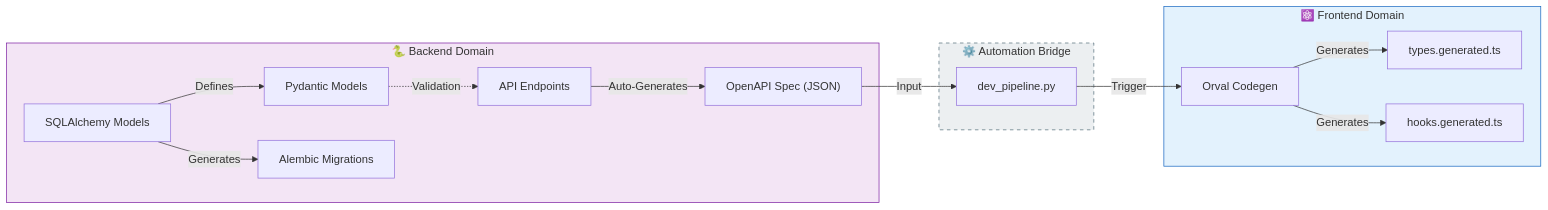
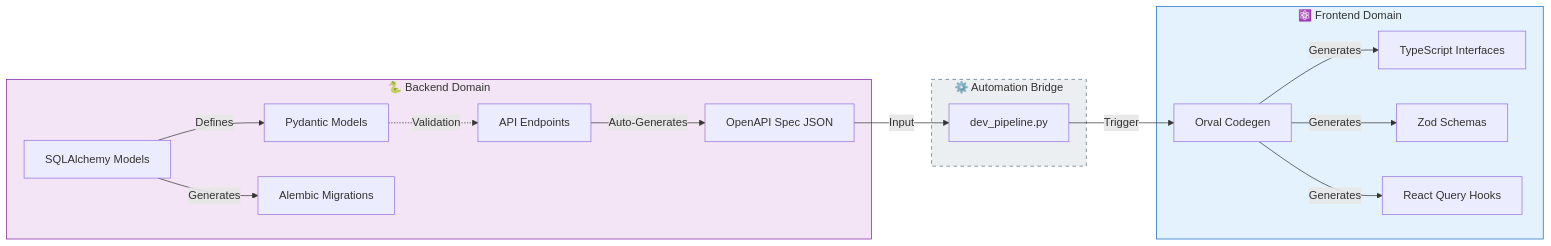
One commit to ancrz/ecommerce-playground changed the second of 2 diagrams in README.md. Above: the diagram before and after it, drawn with Mermaid. The commit also changed 1 other file, not shown here.

Commit message:
feat(backend): Update database manager and documentation

````diff
--- a/README.md
+++ b/README.md
@@ -145,39 +145,34 @@
 ```mermaid
+---
+config:
+  layout: fixed
+---
 flowchart LR
-    %% Nodos del Backend
-    subgraph Backend_World ["🐍 Backend Domain"]
+ subgraph Backend_World["🐍 Backend Domain"]
         PY["Pydantic Models"]
         SQL["SQLAlchemy Models"]
         AL["Alembic Migrations"]
-        OAPI["OpenAPI Spec (JSON)"]
+        OAPI["OpenAPI Spec JSON"]
+        API_EP["API Endpoints"]
+  end
+ subgraph Bridge["⚙️ Automation Bridge"]
+        PL["dev_pipeline.py"]
+  end
+ subgraph Frontend_World["⚛️ Frontend Domain"]
+        ORVAL["Orval Codegen"]
+        TS["TypeScript Interfaces"]
+        ZOD["Zod Schemas"]
+        HOOKS["React Query Hooks"]
+  end
+    PY -. Validation .-> API_EP
+    SQL -- Defines --> PY
+    SQL -- Generates --> AL
+    API_EP -- "Auto-Generates" --> OAPI
+    ORVAL -- Generates --> TS & ZOD & HOOKS
+    OAPI -- Input --> PL
+    PL -- Trigger --> ORVAL
 
-        PY -.->|Validation| API_EP["API Endpoints"]
-        SQL -->|Defines| PY
-        SQL -->|Generates| AL
-        API_EP -->|Auto-Generates| OAPI
-    end
-
-    %% Pipeline de Automatización
-    subgraph Bridge ["⚙️ Automation Bridge"]
-        PL["dev_pipeline.py"]
-    end
-
-    %% Nodos del Frontend
-    subgraph Frontend_World ["⚛️ Frontend Domain"]
-        ORVAL["Orval Codegen"]
-        TS["types.generated.ts"]
-        HOOKS["hooks.generated.ts"]
-
-        ORVAL -->|Generates| TS
-        ORVAL -->|Generates| HOOKS
-    end
-
-    %% Relaciones Cross-Domain
-    OAPI -->|Input| PL
-    PL -->|Trigger| ORVAL
-
-    %% Estilos
     style Backend_World fill:#f3e5f5,stroke:#7b1fa2
     style Bridge fill:#eceff1,stroke:#546e7a,stroke-dasharray: 5 5
     style Frontend_World fill:#e3f2fd,stroke:#1565c0
 ```
````
